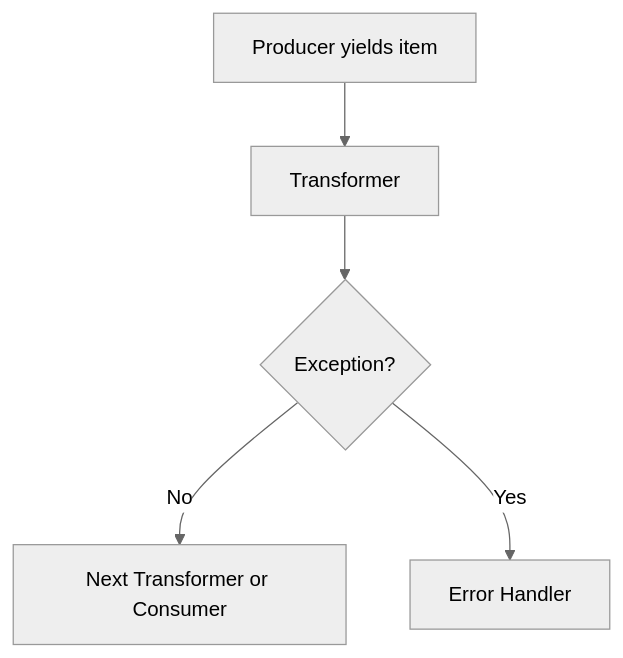
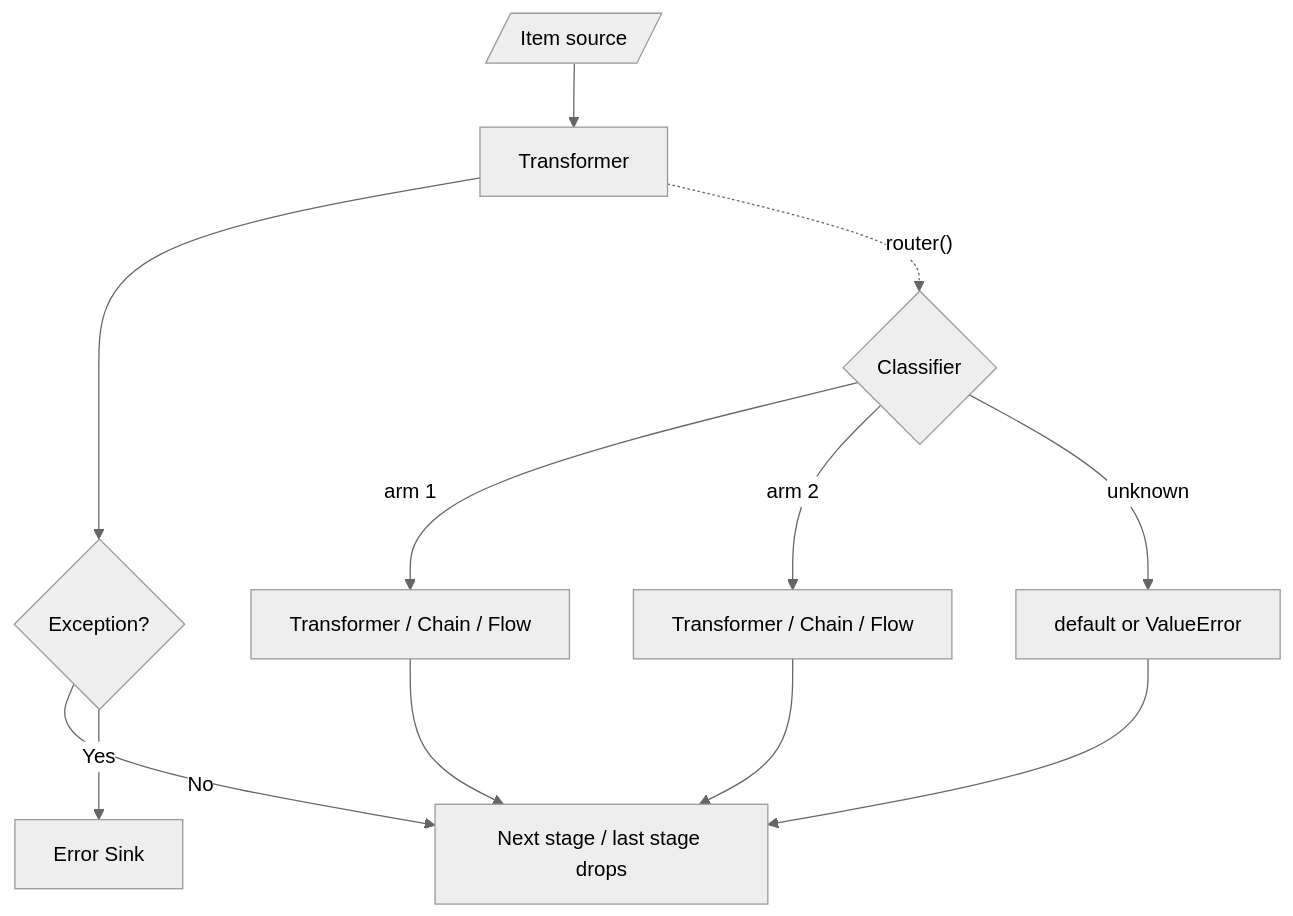
Before and after one commit to maxsimov/flowrhythm: the second of 2 diagrams in README.md, drawn with Mermaid (neutral theme). The commit also changed other lines of this file and 4 other files, not shown here.

First line of the commit message:
docs: redesign DSL around flow() function and ROADMAP

````diff
--- a/README.md
+++ b/README.md
@@ -203,7 +738,14 @@
 ```mermaid
 flowchart TD
-    A[Producer yields item] --> B[Transformer]
+    Src[/Item source/] --> B[Transformer]
     B --> C{Exception?}
-    C -- No --> D[Next Transformer or Consumer]
-    C -- Yes --> E[Error Handler]
+    C -- No --> D[Next stage / last stage drops]
+    C -- Yes --> E[Error Sink]
+    B -. "router()" .-> F{Classifier}
+    F -- arm 1 --> G[Transformer / Chain / Flow]
+    F -- arm 2 --> H[Transformer / Chain / Flow]
+    F -- unknown --> I[default or ValueError]
+    G --> D
+    H --> D
+    I --> D
 ```
````
